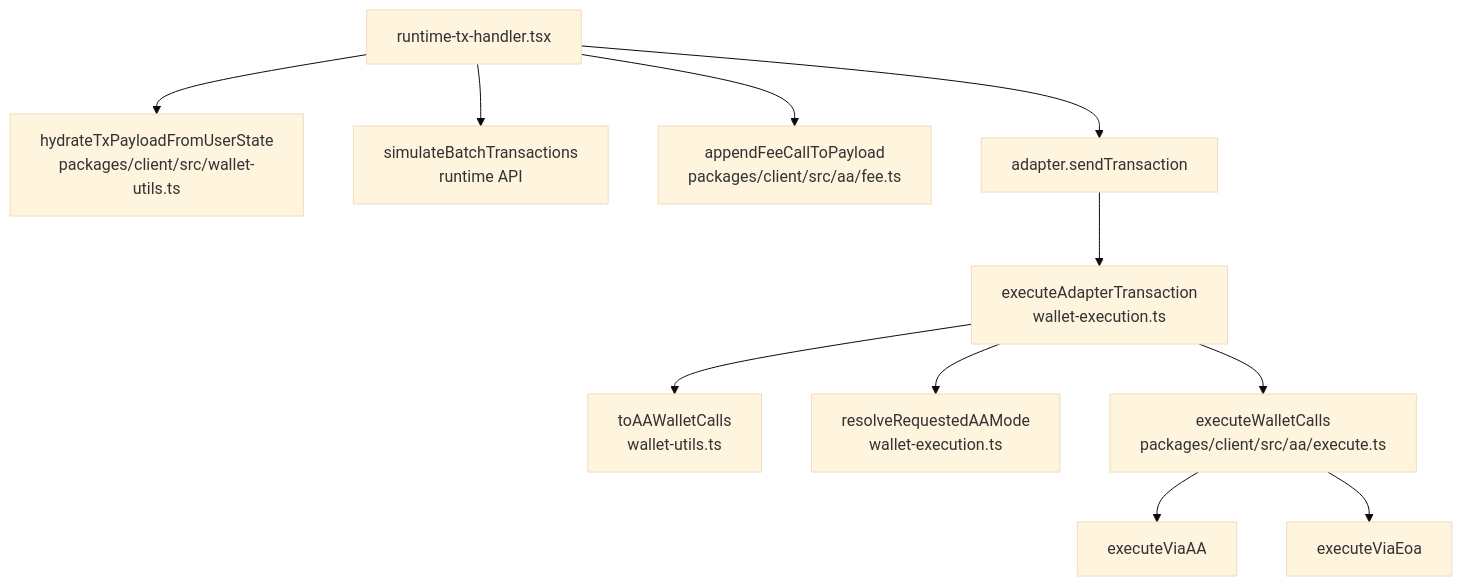
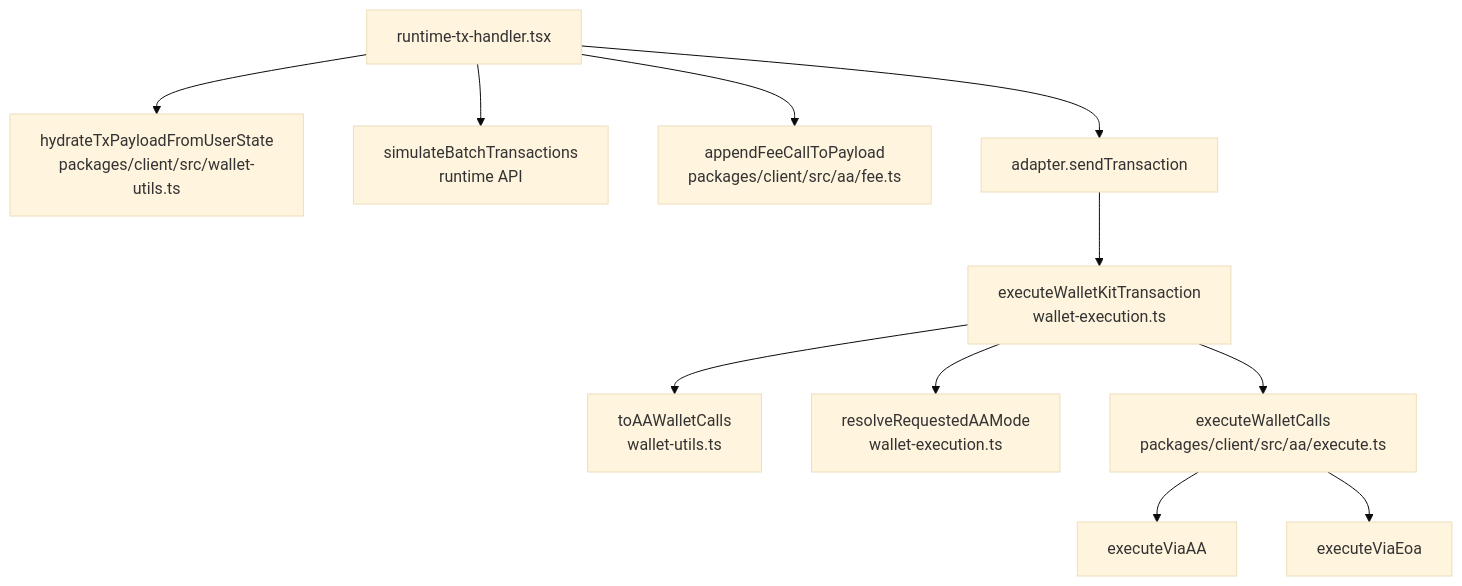
One commit to aomi-labs/aomi-widget changed diagram 21 of 24 in specs/WALLET-ADAPTERS-ARCH.md. Above: the diagram before and after it, drawn with Mermaid (base theme). The commit also changed other lines of this file and 200 other files, not shown here.

````diff
--- a/specs/WALLET-ADAPTERS-ARCH.md
+++ b/specs/WALLET-ADAPTERS-ARCH.md
@@ -1074,25 +1074,25 @@
 ```mermaid
 graph TD
   Runtime["runtime-tx-handler.tsx"]
   Hydrate["hydrateTxPayloadFromUserState<br/>packages/client/src/wallet-utils.ts"]
   Sim["simulateBatchTransactions<br/>runtime API"]
   Fee["appendFeeCallToPayload<br/>packages/client/src/aa/fee.ts"]
   AdapterSend["adapter.sendTransaction"]
-  Shared["executeAdapterTransaction<br/>wallet-execution.ts"]
+  Shared["executeWalletKitTransaction<br/>wallet-execution.ts"]
   Calls["toAAWalletCalls<br/>wallet-utils.ts"]
   Mode["resolveRequestedAAMode<br/>wallet-execution.ts"]
   Execute["executeWalletCalls<br/>packages/client/src/aa/execute.ts"]
   AA["executeViaAA"]
   Native["executeViaEoa"]
 
   Runtime --> Hydrate
   Runtime --> Sim
   Runtime --> Fee
   Runtime --> AdapterSend
   AdapterSend --> Shared
   Shared --> Calls
   Shared --> Mode
   Shared --> Execute
   Execute --> AA
   Execute --> Native
 ```
````
